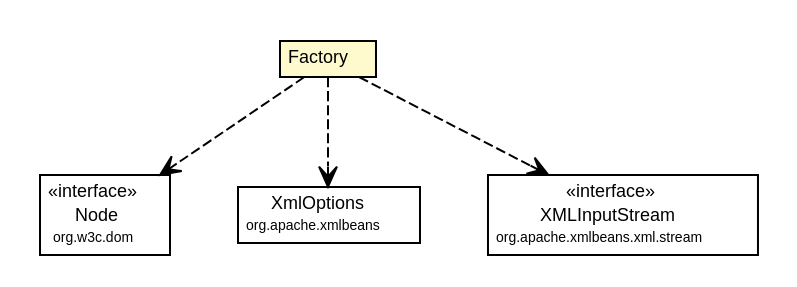
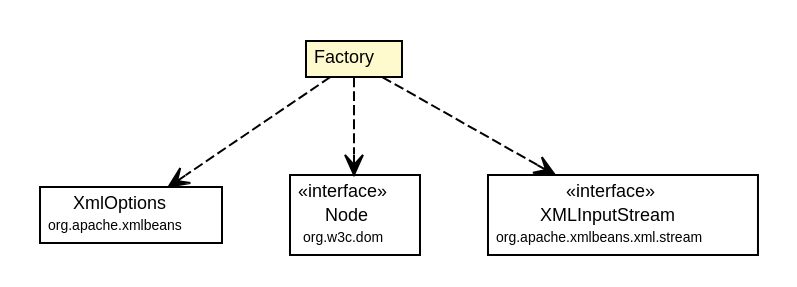
One commit to synchronoss/cpo-util changed the diagram in site/apidocs/org/synchronoss/cpo/util/cpoUtilConfig/CtRecentFiles.Factory.dot. Above: the diagram before and after it, drawn with Graphviz. The commit also changed 306 other files, not shown here.

Commit message:
Creating site for cpoUtil, 5.1.1-SNAPSHOT

```diff
--- a/site/apidocs/org/synchronoss/cpo/util/cpoUtilConfig/CtRecentFiles.Factory.dot
+++ b/site/apidocs/org/synchronoss/cpo/util/cpoUtilConfig/CtRecentFiles.Factory.dot
@@ -1,45 +1,45 @@
 #!/usr/local/bin/dot
 #
 # Class diagram 
 # Generated by UmlGraph version 4.6 (http://www.spinellis.gr/sw/umlgraph)
 #
 
 digraph G {
 	edge [fontname="Helvetica",fontsize=10,labelfontname="Helvetica",labelfontsize=10];
 	node [fontname="Helvetica",fontsize=10,shape=plaintext];
 	// org.synchronoss.cpo.util.cpoUtilConfig.CtRecentFiles.Factory
 	c5445 [label=<<table border="0" cellborder="1" cellspacing="0" cellpadding="2" port="p" bgcolor="lemonChiffon" href="./CtRecentFiles.Factory.html">
 		<tr><td><table border="0" cellspacing="0" cellpadding="1">
 			<tr><td> Factory </td></tr>
 		</table></td></tr>
 		</table>>, fontname="Helvetica", fontcolor="black", fontsize=9.0];
+	// org.synchronoss.cpo.util.cpoUtilConfig.CtRecentFiles.Factory DEPEND org.apache.xmlbeans.XmlOptions
+	c5445:p -> c5452:p [taillabel="", label="", headlabel="", fontname="Helvetica", fontcolor="black", fontsize=10.0, color="black", arrowhead=open, style=dashed];
 	// org.synchronoss.cpo.util.cpoUtilConfig.CtRecentFiles.Factory DEPEND org.w3c.dom.Node
-	c5445:p -> c5452:p [taillabel="", label="", headlabel="", fontname="Helvetica", fontcolor="black", fontsize=10.0, color="black", arrowhead=open, style=dashed];
-	// org.synchronoss.cpo.util.cpoUtilConfig.CtRecentFiles.Factory DEPEND org.apache.xmlbeans.XmlOptions
 	c5445:p -> c5453:p [taillabel="", label="", headlabel="", fontname="Helvetica", fontcolor="black", fontsize=10.0, color="black", arrowhead=open, style=dashed];
 	// org.synchronoss.cpo.util.cpoUtilConfig.CtRecentFiles.Factory DEPEND org.apache.xmlbeans.xml.stream.XMLInputStream
 	c5445:p -> c5454:p [taillabel="", label="", headlabel="", fontname="Helvetica", fontcolor="black", fontsize=10.0, color="black", arrowhead=open, style=dashed];
 	// org.apache.xmlbeans.xml.stream.XMLInputStream
 	c5454 [label=<<table border="0" cellborder="1" cellspacing="0" cellpadding="2" port="p" href="http://java.sun.com/j2se/1.4.2/docs/api/org/apache/xmlbeans/xml/stream/XMLInputStream.html">
 		<tr><td><table border="0" cellspacing="0" cellpadding="1">
 			<tr><td> &laquo;interface&raquo; </td></tr>
 			<tr><td> XMLInputStream </td></tr>
 			<tr><td><font point-size="7.0"> org.apache.xmlbeans.xml.stream </font></td></tr>
 		</table></td></tr>
 		</table>>, fontname="Helvetica", fontcolor="black", fontsize=9.0];
 	// org.w3c.dom.Node
-	c5452 [label=<<table border="0" cellborder="1" cellspacing="0" cellpadding="2" port="p" href="http://java.sun.com/j2se/1.4.2/docs/api/org/w3c/dom/Node.html">
+	c5453 [label=<<table border="0" cellborder="1" cellspacing="0" cellpadding="2" port="p" href="http://java.sun.com/j2se/1.4.2/docs/api/org/w3c/dom/Node.html">
 		<tr><td><table border="0" cellspacing="0" cellpadding="1">
 			<tr><td> &laquo;interface&raquo; </td></tr>
 			<tr><td> Node </td></tr>
 			<tr><td><font point-size="7.0"> org.w3c.dom </font></td></tr>
 		</table></td></tr>
 		</table>>, fontname="Helvetica", fontcolor="black", fontsize=9.0];
 	// org.apache.xmlbeans.XmlOptions
-	c5453 [label=<<table border="0" cellborder="1" cellspacing="0" cellpadding="2" port="p" href="http://java.sun.com/j2se/1.4.2/docs/api/org/apache/xmlbeans/XmlOptions.html">
+	c5452 [label=<<table border="0" cellborder="1" cellspacing="0" cellpadding="2" port="p" href="http://java.sun.com/j2se/1.4.2/docs/api/org/apache/xmlbeans/XmlOptions.html">
 		<tr><td><table border="0" cellspacing="0" cellpadding="1">
 			<tr><td> XmlOptions </td></tr>
 			<tr><td><font point-size="7.0"> org.apache.xmlbeans </font></td></tr>
 		</table></td></tr>
 		</table>>, fontname="Helvetica", fontcolor="black", fontsize=9.0];
 }
```
